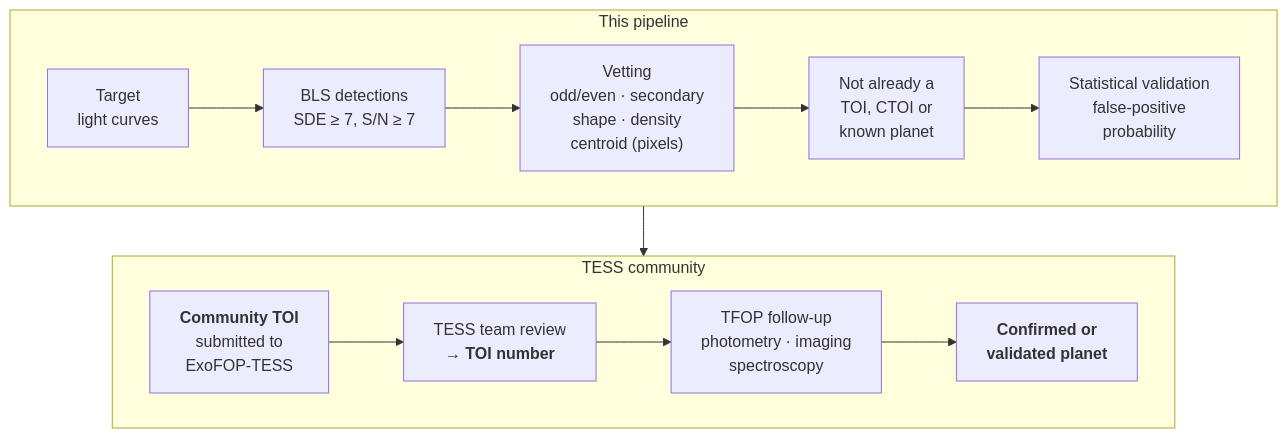
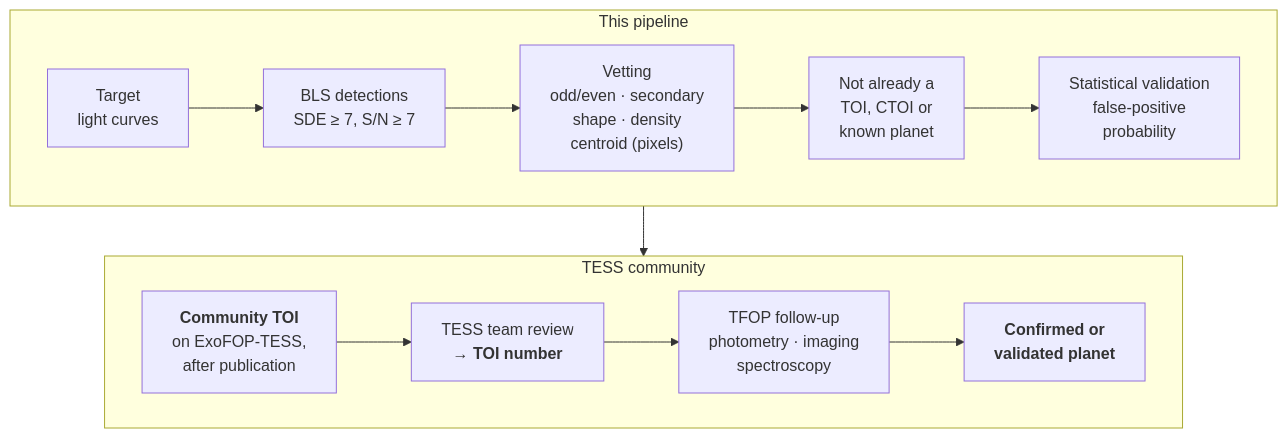
One commit to Comdex4/tess-transit-hunter changed the diagram in docs/discovery.md. Above: the diagram before and after it, drawn with Mermaid. The commit also changed other lines of this file and 9 other files, not shown here.

````diff
--- a/docs/discovery.md
+++ b/docs/discovery.md
@@ -35,12 +35,12 @@
 ```mermaid
 flowchart TB
     subgraph R["This pipeline"]
         direction LR
         A["Target<br/>light curves"] --> B["BLS detections<br/>SDE ≥ 7, S/N ≥ 7"] --> C["Vetting<br/>odd/even · secondary<br/>shape · density<br/>centroid (pixels)"] --> D["Not already a<br/>TOI, CTOI or<br/>known planet"] --> E["Statistical validation<br/>false-positive<br/>probability"]
     end
     subgraph T["TESS community"]
         direction LR
-        F["<b>Community TOI</b><br/>submitted to<br/>ExoFOP-TESS"] --> G["TESS team review<br/>→ <b>TOI number</b>"] --> H["TFOP follow-up<br/>photometry · imaging<br/>spectroscopy"] --> I["<b>Confirmed or<br/>validated planet</b>"]
+        F["<b>Community TOI</b><br/>on ExoFOP-TESS,<br/>after publication"] --> G["TESS team review<br/>→ <b>TOI number</b>"] --> H["TFOP follow-up<br/>photometry · imaging<br/>spectroscopy"] --> I["<b>Confirmed or<br/>validated planet</b>"]
     end
     R --> T
 ```
````
